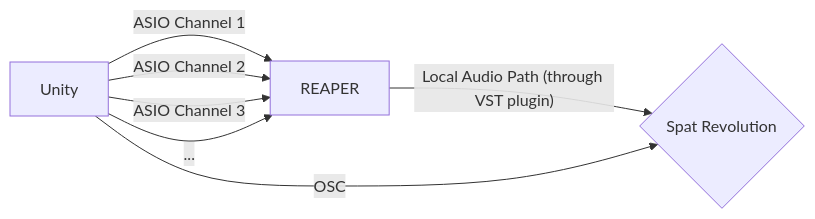
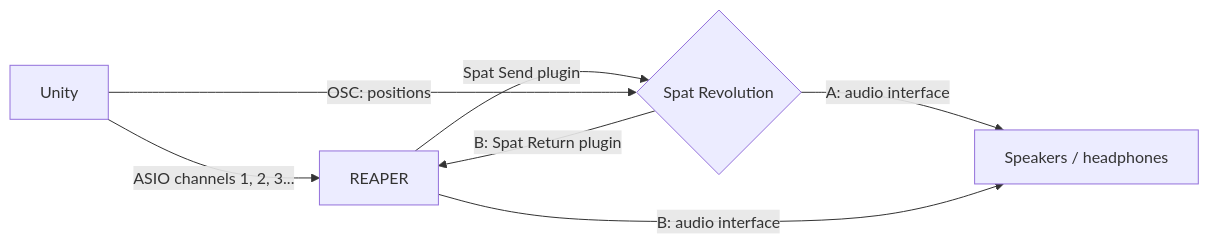
Before and after one commit to liris-xr/AsioAudioUnity: the diagram in README.md, drawn with Mermaid. The commit also changed other lines of this file and 60 other files, not shown here.

````diff
--- a/README.md
+++ b/README.md
@@ -42,9 +9,9 @@
 ```mermaid
 graph LR
-A[Unity] -- ASIO Channel 1 --> B[REAPER]
-A -- ASIO Channel 2 --> B
-A -- ASIO Channel 3 --> B
-A -- ... --> B
-B -- Local Audio Path (through VST plugin) --> C{Spat Revolution}
-A -- OSC --> C
+A[Unity] -- ASIO channels 1, 2, 3... --> B[REAPER]
+B -- Spat Send plugin --> C{Spat Revolution}
+A -- OSC: positions --> C
+C -- A: audio interface --> D[Speakers / headphones]
+C -- B: Spat Return plugin --> B
+B -- B: audio interface --> D
 ```
````
